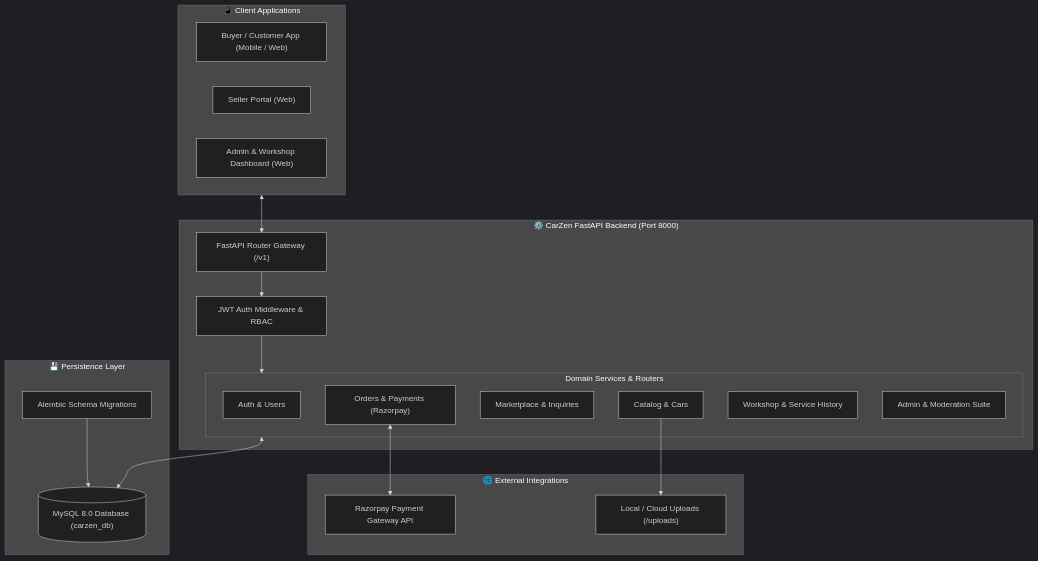
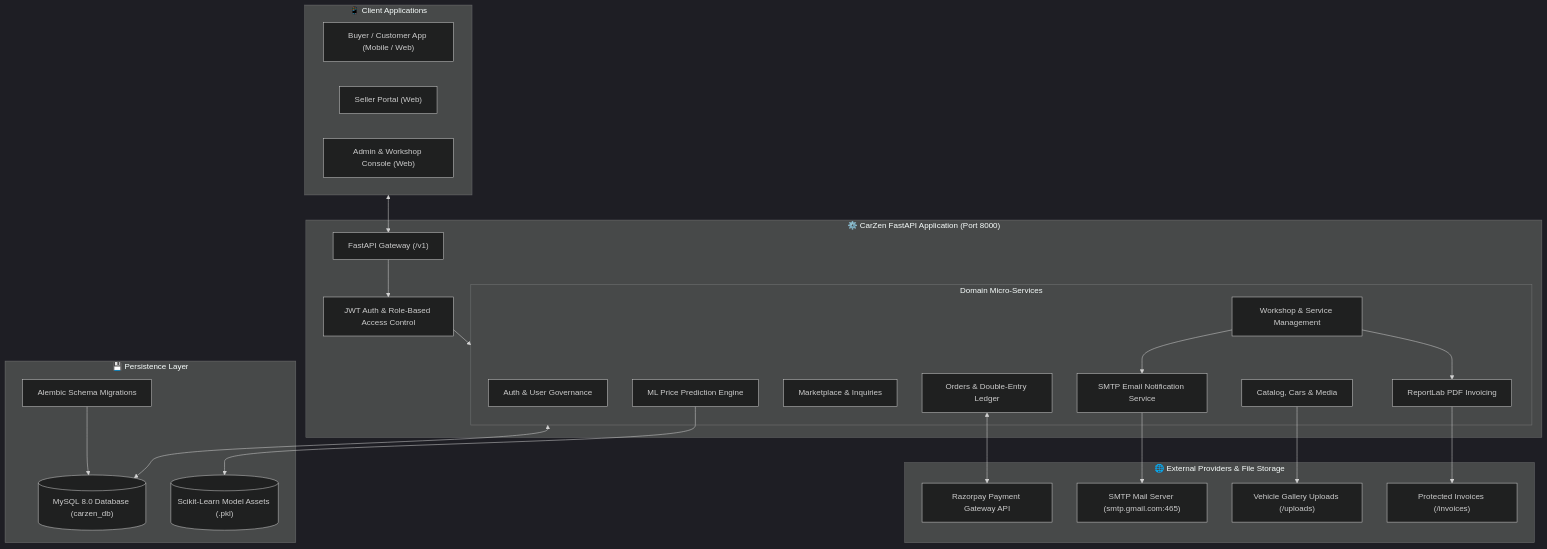
The first of 3 diagrams in README.md (AyushBoghara/CarZen), drawn with Mermaid (dark theme) before and after one commit. The commit also changed other lines of this file and 11 other files, not shown here.

Commit message:
add email service

````diff
--- a/README.md
+++ b/README.md
@@ -77,40 +96,51 @@
 ```mermaid
-graph TD
+flowchart TD
     subgraph Clients["📱 Client Applications"]
         BuyerApp["Buyer / Customer App (Mobile / Web)"]
         SellerApp["Seller Portal (Web)"]
-        AdminDash["Admin & Workshop Dashboard (Web)"]
+        AdminDash["Admin & Workshop Console (Web)"]
     end
 
-    subgraph API["⚙️ CarZen FastAPI Backend (Port 8000)"]
-        Router["FastAPI Router Gateway (/v1)"]
-        AuthMid["JWT Auth Middleware & RBAC"]
-        
-        subgraph Domains["Domain Services & Routers"]
-            AuthSvc["Auth & Users"]
-            CatalogSvc["Catalog & Cars"]
+    subgraph API_Gateway["⚙️ CarZen FastAPI Application (Port 8000)"]
+        Router["FastAPI Gateway (/v1)"]
+        Security["JWT Auth & Role-Based Access Control"]
+
+        subgraph Core_Services["Domain Micro-Services"]
+            AuthSvc["Auth & User Governance"]
+            CatalogSvc["Catalog, Cars & Media"]
             MarketSvc["Marketplace & Inquiries"]
-            OrderSvc["Orders & Payments (Razorpay)"]
-            ServiceSvc["Workshop & Service History"]
-            AdminSvc["Admin & Moderation Suite"]
+            OrderSvc["Orders & Double-Entry Ledger"]
+            ServiceSvc["Workshop & Service Management"]
+            MLPriceSvc["ML Price Prediction Engine"]
+            InvoiceSvc["ReportLab PDF Invoicing"]
+            MailSvc["SMTP Email Notification Service"]
         end
     end
 
-    subgraph External["🌐 External Integrations"]
+    subgraph Integrations["🌐 External Providers & File Storage"]
         RazorpayGateway["Razorpay Payment Gateway API"]
-        FileSystem["Local / Cloud Uploads (/uploads)"]
+        SMTPServer["SMTP Mail Server (smtp.gmail.com:465)"]
+        MediaFiles["Vehicle Gallery Uploads (/uploads)"]
+        InvoiceStorage["Protected Invoices (/invoices)"]
     end
 
-    subgraph Data["💾 Persistence Layer"]
+    subgraph Data_Layer["💾 Persistence Layer"]
         MySQL[("MySQL 8.0 Database (carzen_db)")]
+        MLModels[("Scikit-Learn Model Assets (.pkl)")]
         Alembic["Alembic Schema Migrations"]
     end
 
     Clients <--> Router
-    Router --> AuthMid
-    AuthMid --> Domains
+    Router --> Security
+    Security --> Core_Services
+
     OrderSvc <--> RazorpayGateway
-    CatalogSvc --> FileSystem
-    Domains <--> MySQL
+    ServiceSvc --> InvoiceSvc
+    InvoiceSvc --> InvoiceStorage
+    ServiceSvc --> MailSvc
+    MailSvc --> SMTPServer
+    CatalogSvc --> MediaFiles
+    MLPriceSvc --> MLModels
+    Core_Services <--> MySQL
     Alembic --> MySQL
 ```
````
